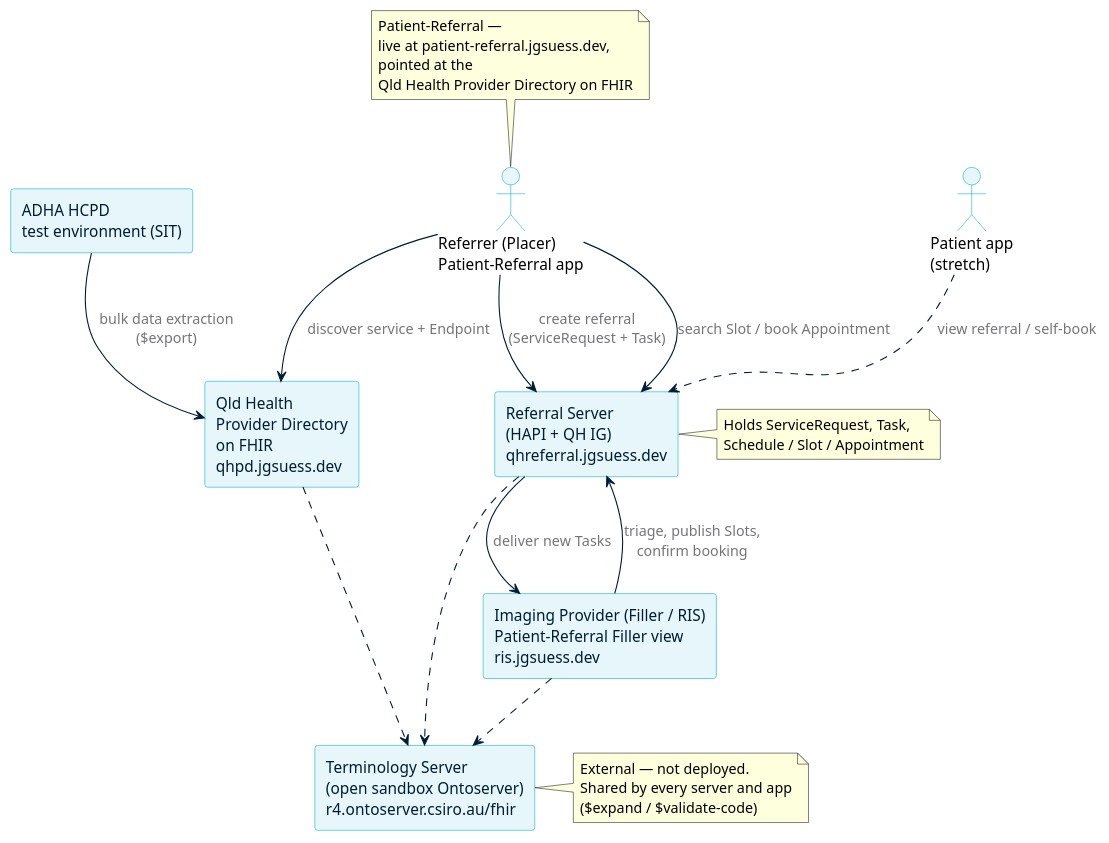
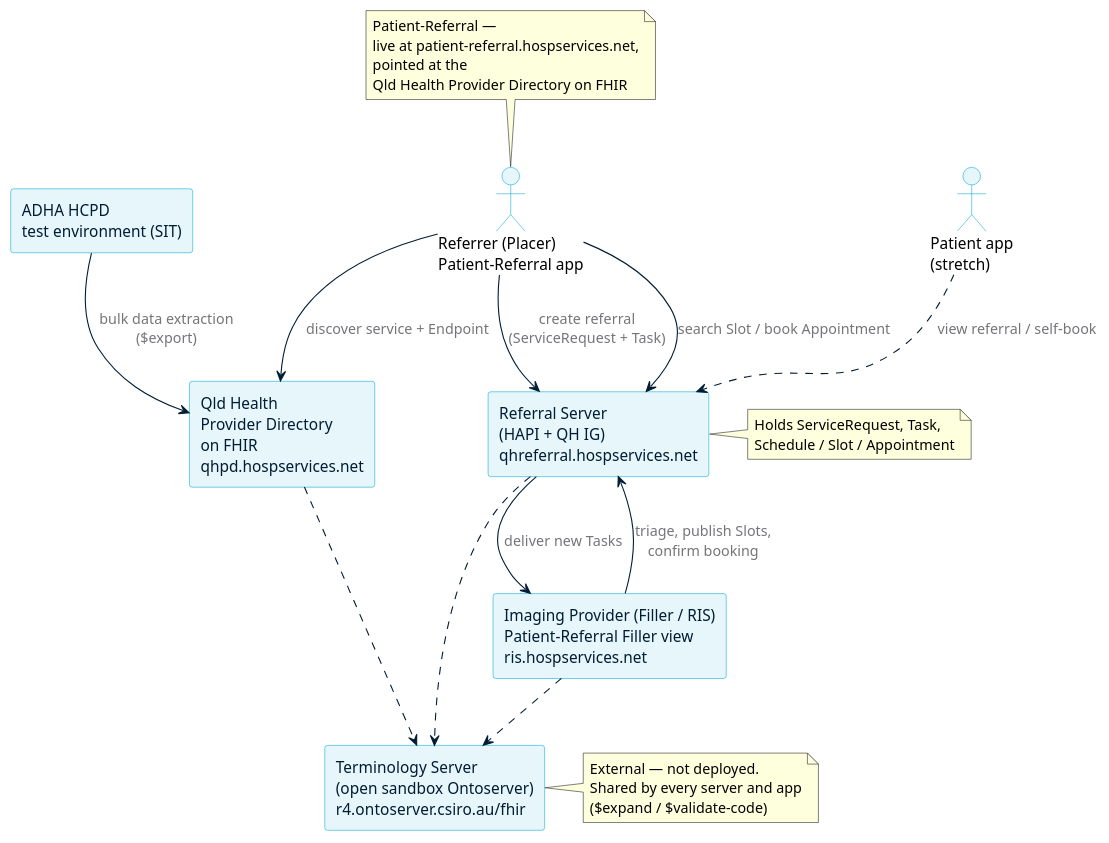
Before and after one commit to aehrc/qh-connectathon: the diagram in 2026-10-29/2-FHIR-For-Services/slides/diagrams/architecture.puml, drawn with PlantUML. The commit also changed 13 other files, not shown here.

```diff
--- a/2026-10-29/2-FHIR-For-Services/slides/diagrams/architecture.puml
+++ b/2026-10-29/2-FHIR-For-Services/slides/diagrams/architecture.puml
@@ -1,57 +1,57 @@
 @startuml architecture
 ' Systems and roles for the radiology referral scenario
 skinparam backgroundColor transparent
 skinparam shadowing false
 skinparam defaultFontName Calibri
 skinparam componentStyle rectangle
 skinparam component {
   BorderColor #00A9CE
   BackgroundColor #E6F6FA
   FontColor #001D34
 }
 skinparam actor {
   BorderColor #00A9CE
   BackgroundColor #E6F6FA
 }
 skinparam ArrowColor #001D34
 skinparam ArrowFontColor #757579
 
 actor "Referrer (Placer)\nPatient-Referral app" as R
-component "Qld Health\nProvider Directory\non FHIR\nqhpd.jgsuess.dev" as D
+component "Qld Health\nProvider Directory\non FHIR\nqhpd.hospservices.net" as D
 component "ADHA HCPD\ntest environment (SIT)" as H
-component "Referral Server\n(HAPI + QH IG)\nqhreferral.jgsuess.dev" as S
-component "Imaging Provider (Filler / RIS)\nPatient-Referral Filler view\nris.jgsuess.dev" as F
+component "Referral Server\n(HAPI + QH IG)\nqhreferral.hospservices.net" as S
+component "Imaging Provider (Filler / RIS)\nPatient-Referral Filler view\nris.hospservices.net" as F
 actor "Patient app\n(stretch)" as P
 component "Terminology Server\n(open sandbox Ontoserver)\nr4.ontoserver.csiro.au/fhir" as T
 
 H --> D : bulk data extraction\n($export)
 R --> D : discover service + Endpoint
 R --> S : create referral\n(ServiceRequest + Task)
 R --> S : search Slot / book Appointment
 F --> S : triage, publish Slots,\nconfirm booking
 S --> F : deliver new Tasks
 P ..> S : view referral / self-book
 
 D ..> T
 S ..> T
 F ..> T
 
 note right of T
   External — not deployed.
   Shared by every server and app
   ($expand / $validate-code)
 end note
 
 note right of S
   Holds ServiceRequest, Task,
   Schedule / Slot / Appointment
 end note
 
 note top of R
   Patient-Referral —
-  live at patient-referral.jgsuess.dev,
+  live at patient-referral.hospservices.net,
   pointed at the
   Qld Health Provider Directory on FHIR
 end note
 
 @enduml
```
